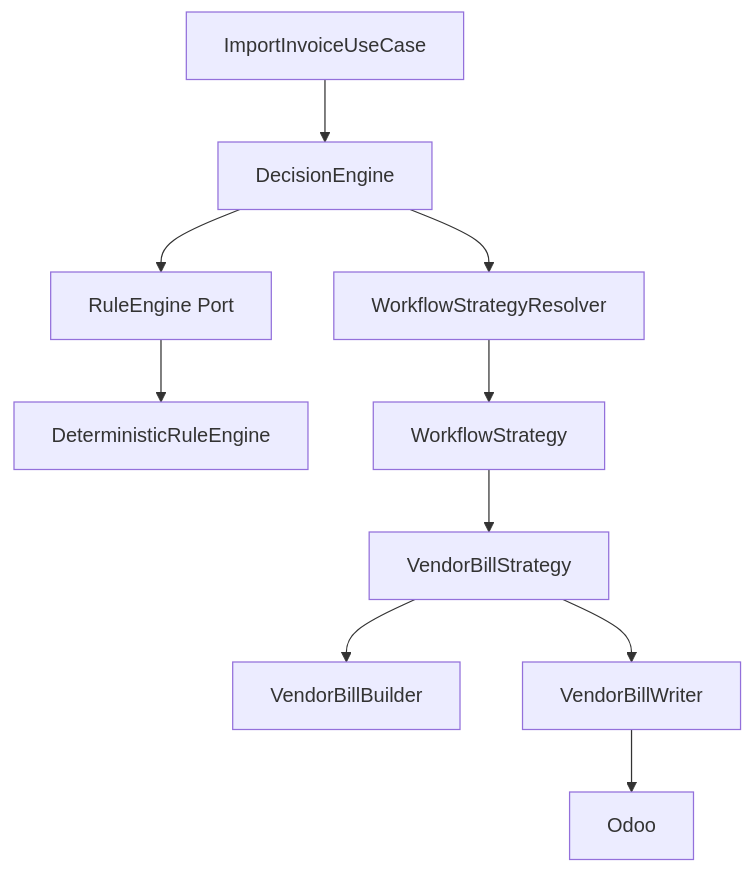
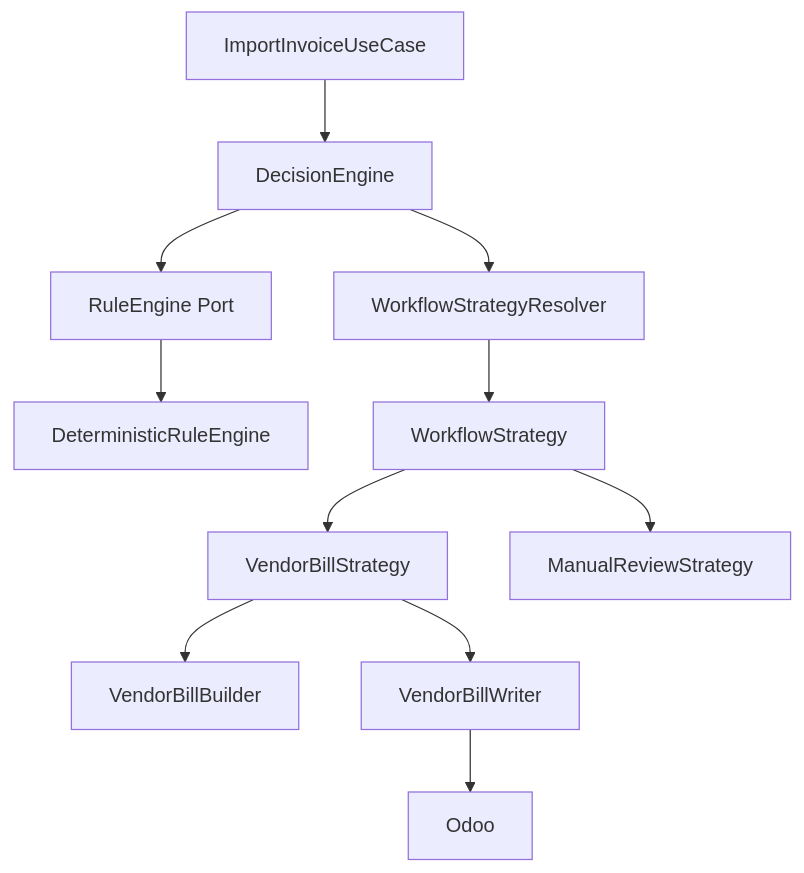
Before and after one commit to odurmazoglu/ict-integration-hub: the fourth of 4 diagrams in docs/WORKFLOWS.md, drawn with Mermaid. The commit also changed other lines of this file and 25 other files, not shown here.

Commit message:
feat: add manual review workflow foundation

````diff
--- a/docs/WORKFLOWS.md
+++ b/docs/WORKFLOWS.md
@@ -121,23 +126,25 @@
 ```mermaid
 flowchart TB
     ImportInvoiceUseCase[ImportInvoiceUseCase]
     DecisionEngine[DecisionEngine]
     RuleEngine[RuleEngine Port]
     DeterministicRuleEngine[DeterministicRuleEngine]
     Resolver[WorkflowStrategyResolver]
     Strategy[WorkflowStrategy]
     VendorBillStrategy[VendorBillStrategy]
+    ManualReviewStrategy[ManualReviewStrategy]
     VendorBillBuilder[VendorBillBuilder]
     VendorBillWriter[VendorBillWriter]
     Odoo[Odoo]
 
     ImportInvoiceUseCase --> DecisionEngine
     DecisionEngine --> RuleEngine
     RuleEngine --> DeterministicRuleEngine
     DecisionEngine --> Resolver
     Resolver --> Strategy
     Strategy --> VendorBillStrategy
+    Strategy --> ManualReviewStrategy
     VendorBillStrategy --> VendorBillBuilder
     VendorBillStrategy --> VendorBillWriter
     VendorBillWriter --> Odoo
 ```
````
